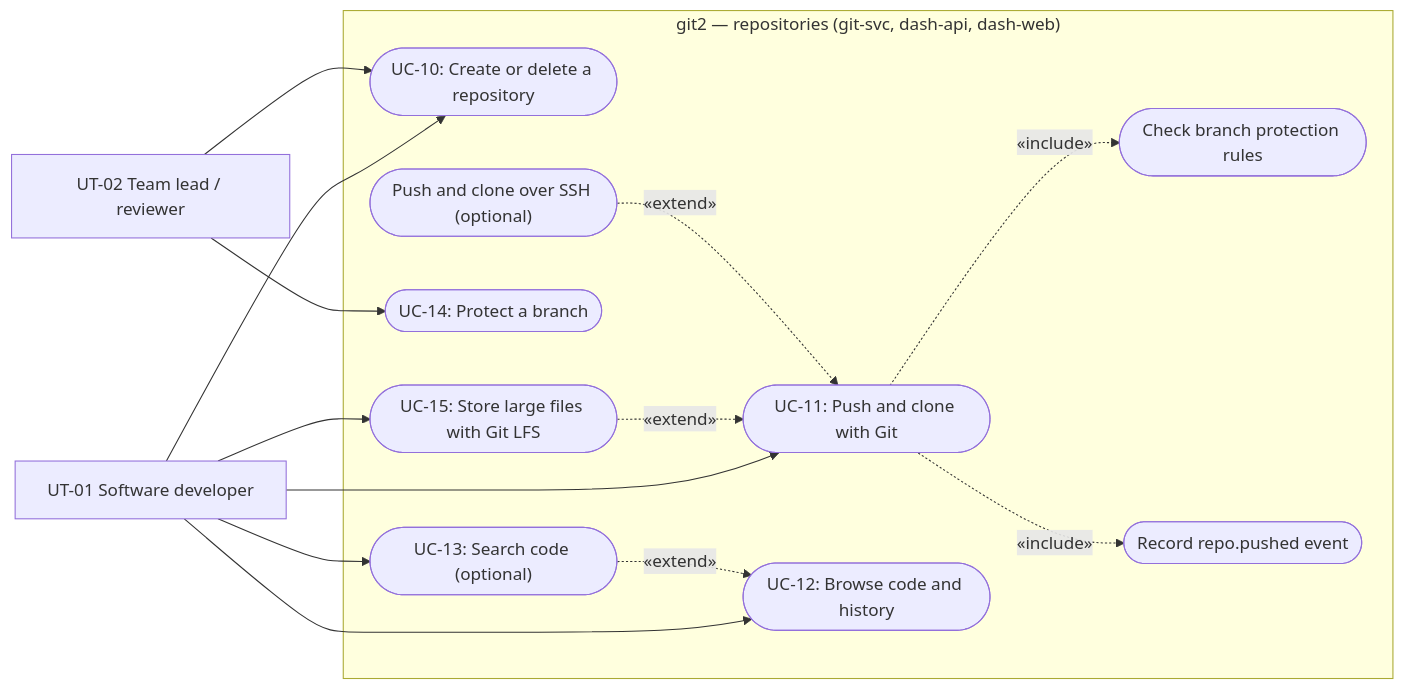
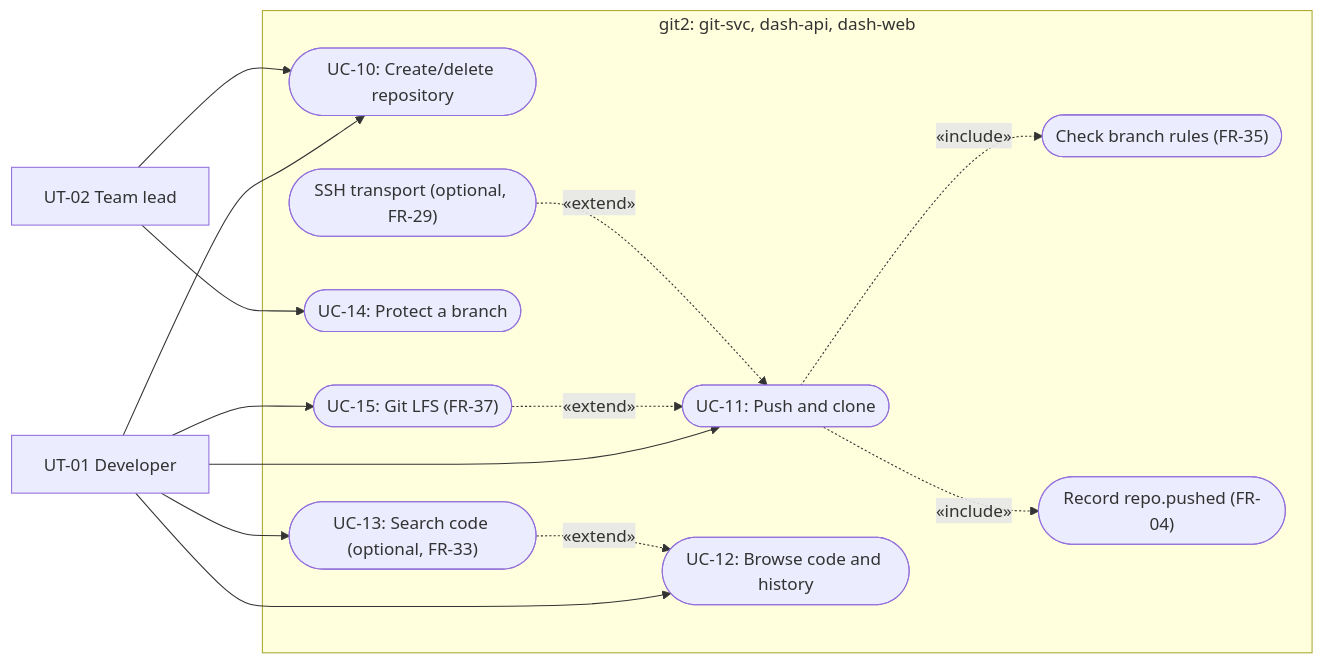
One commit to git2-project/git2 changed the fourth of 13 diagrams in docs/project_docs/to_customer/RequirementsSpecification.md. Above: the diagram before and after it, drawn with Mermaid. The commit also changed other lines of this file, not shown here.

First line of the commit message:
docs(req-spec): bring the reviewed Spec from PR #33 to dev/main

````diff
--- a/docs/project_docs/to_customer/RequirementsSpecification.md
+++ b/docs/project_docs/to_customer/RequirementsSpecification.md
@@ -697,30 +566,25 @@
 ```mermaid
 flowchart LR
-    Dev["UT-01 Software developer"]
-    Lead["UT-02 Team lead / reviewer"]
+    Dev["UT-01 Developer"]
+    Lead["UT-02 Team lead"]
 
-    subgraph System["git2 — repositories (git-svc, dash-api, dash-web)"]
-        UC10(["UC-10: Create or delete a repository"])
-        UC11(["UC-11: Push and clone with Git"])
+    subgraph System["git2: git-svc, dash-api, dash-web"]
+        UC10(["UC-10: Create/delete repository"])
+        UC11(["UC-11: Push and clone"])
         UC12(["UC-12: Browse code and history"])
-        UC13(["UC-13: Search code (optional)"])
+        UC13(["UC-13: Search code (optional, FR-33)"])
         UC14(["UC-14: Protect a branch"])
-        UC15(["UC-15: Store large files with Git LFS"])
-        Rules(["Check branch protection rules"])
-        Event(["Record repo.pushed event"])
-        SSH(["Push and clone over SSH (optional)"])
+        UC15(["UC-15: Git LFS (FR-37)"])
+        Rules(["Check branch rules (FR-35)"])
+        Event(["Record repo.pushed (FR-04)"])
+        SSH(["SSH transport (optional, FR-29)"])
     end
 
-    Dev --> UC10
-    Lead --> UC10
-    Dev --> UC11
-    Dev --> UC12
-    Dev --> UC13
-    Dev --> UC15
-    Lead --> UC14
+    Dev --> UC10 & UC11 & UC12 & UC13 & UC15
+    Lead --> UC10 & UC14
     UC11 -.->|«include»| Rules
     UC11 -.->|«include»| Event
     UC15 -.->|«extend»| UC11
     SSH -.->|«extend»| UC11
     UC13 -.->|«extend»| UC12
 ```
````
